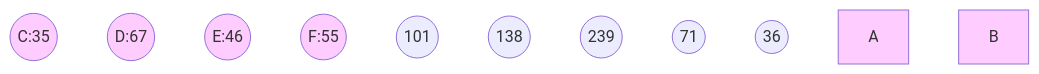
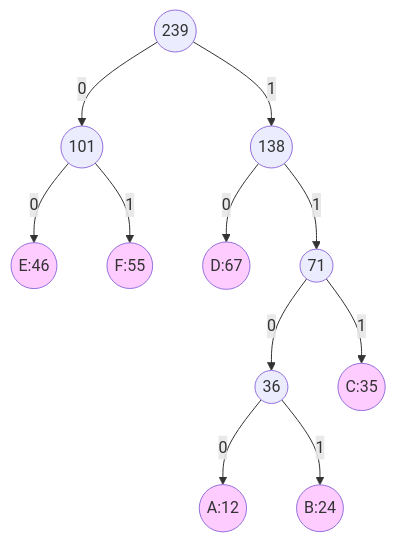
Before and after one commit to dmjcb/dmjcb.github.io: the seventh of 7 diagrams in _posts/DataStructures/Tree/BinaryTree/2020-01-16-哈夫曼树.md, drawn with Mermaid. The commit also changed other lines of this file and 122 other files, not shown here.

Commit message:
修复图形显示BUG

````diff
--- a/_posts/DataStructures/Tree/BinaryTree/2020-01-16-哈夫曼树.md
+++ b/_posts/DataStructures/Tree/BinaryTree/2020-01-16-哈夫曼树.md
@@ -168,25 +198,35 @@
 ```mermaid
 graph TB
     C((C:35))
     D((D:67))
     E((E:46))
     F((F:55))
 
     Z((101))
+    Z --0--> E
+    Z --1--> F
 
     W((138))
+    W --0--> D
+    W --1--> Y
 
     V((239))
+    V --0--> Z
+    V --1--> W
 
     Y((71))
     X((36)) 
 
+    Y --0--> X
+    Y --1--> C((C:35))
+    X --0--> A((A:12))
+    X --1--> B((B:24))
 
     A:::Style
     B:::Style
     C:::Style
     D:::Style
     E:::Style
     F:::Style
     classDef Style fill:#FFCCFF
 ```
````
